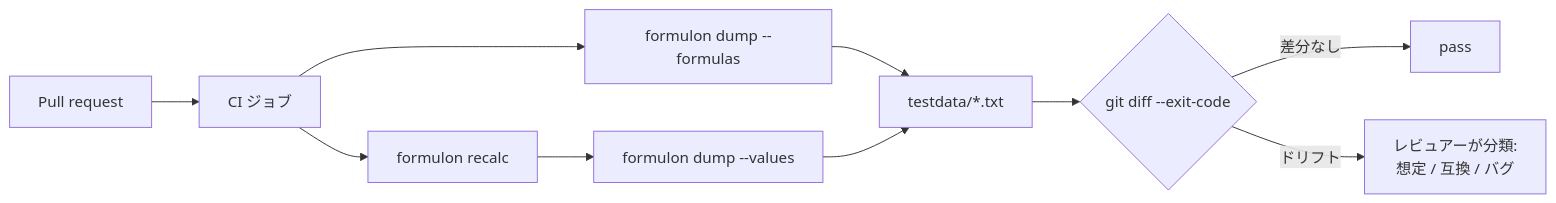
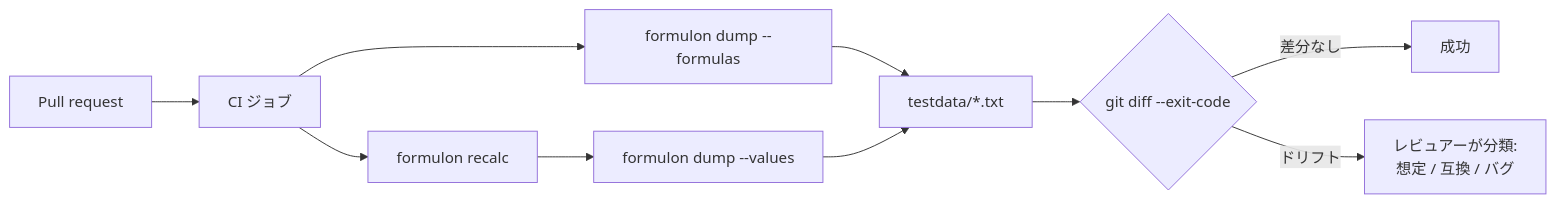
One commit to libraz/formulon-homepage changed the diagram in src/ja/scenarios/ci-regression.md. Above: the diagram before and after it, drawn with Mermaid. The commit also changed other lines of this file and 49 other files, not shown here.

````diff
--- a/src/ja/scenarios/ci-regression.md
+++ b/src/ja/scenarios/ci-regression.md
@@ -15,11 +15,11 @@
 ```mermaid
 flowchart LR
   PR[Pull request] --> CI[CI ジョブ]
   CI --> F[formulon dump --formulas]
   CI --> R[formulon recalc] --> V[formulon dump --values]
   F --> SNAP[testdata/*.txt]
   V --> SNAP
   SNAP --> DIFF{git diff --exit-code}
-  DIFF -->|差分なし| PASS[pass]
+  DIFF -->|差分なし| PASS[成功]
   DIFF -->|ドリフト| REVIEW[レビュアーが分類:<br/>想定 / 互換 / バグ]
 ```
````
